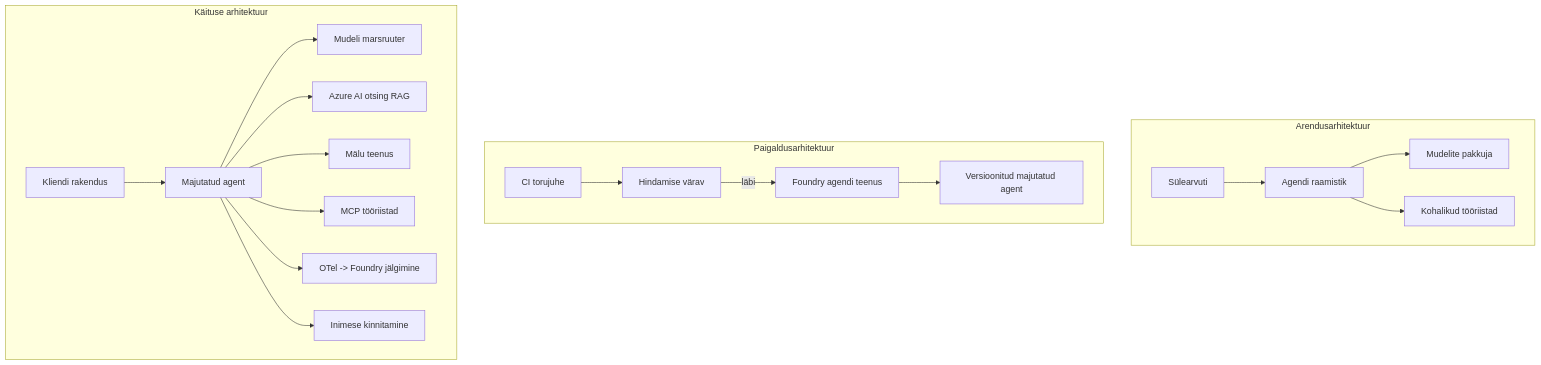
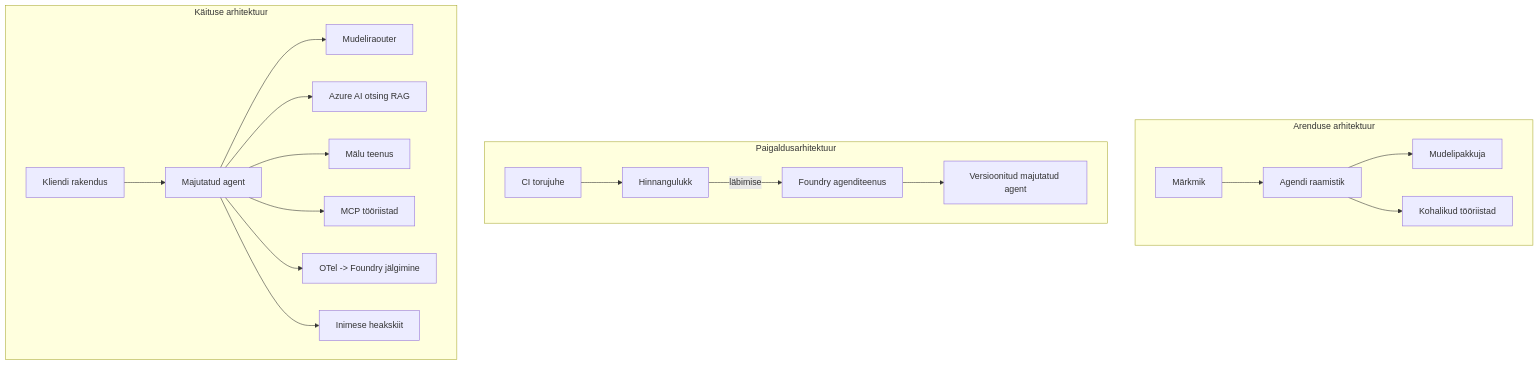
Before and after one commit to gabrielmoreira/agent-skills-mirror: the fourth of 4 diagrams in mirrors/repos/microsoft@ai-agents-for-beginners/translations/et/16-deploying-scalable-agents/README.md, drawn with Mermaid. The commit also changed other lines of this file and 3581 other files, not shown here.

````diff
--- a/mirrors/repos/microsoft@ai-agents-for-beginners/translations/et/16-deploying-scalable-agents/README.md
+++ b/mirrors/repos/microsoft@ai-agents-for-beginners/translations/et/16-deploying-scalable-agents/README.md
@@ -185,22 +185,22 @@
 ```mermaid
 flowchart TB
-    subgraph Dev[Arendusarhitektuur]
-        D1[Sülearvuti] --> D2[Agendi raamistik]
-        D2 --> D3[Mudelite pakkuja]
+    subgraph Dev[Arenduse arhitektuur]
+        D1[Märkmik] --> D2[Agendi raamistik]
+        D2 --> D3[Mudelipakkuja]
         D2 --> D4[Kohalikud tööriistad]
     end
     subgraph Deploy[Paigaldusarhitektuur]
-        E1[CI torujuhe] --> E2[Hindamise värav]
-        E2 -->|läbi| E3[Foundry agendi teenus]
+        E1[CI torujuhe] --> E2[Hinnangulukk]
+        E2 -->|läbimise| E3[Foundry agenditeenus]
         E3 --> E4[Versioonitud majutatud agent]
     end
     subgraph Run[Käituse arhitektuur]
         F1[Kliendi rakendus] --> F2[Majutatud agent]
-        F2 --> F3[Mudeli marsruuter]
+        F2 --> F3[Mudeliraouter]
         F2 --> F4[Azure AI otsing RAG]
         F2 --> F5[Mälu teenus]
         F2 --> F6[MCP tööriistad]
         F2 --> F7[OTel -> Foundry jälgimine]
-        F2 --> F8[Inimese kinnitamine]
+        F2 --> F8[Inimese heakskiit]
     end
 ```
````
